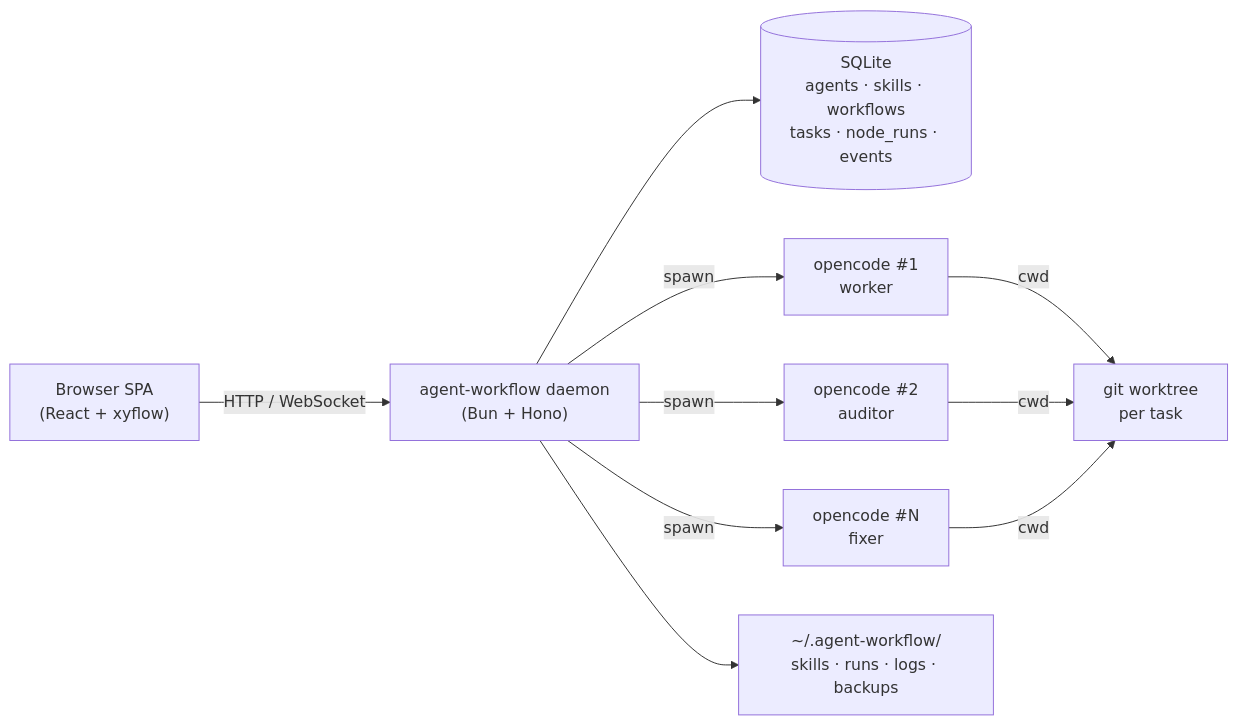
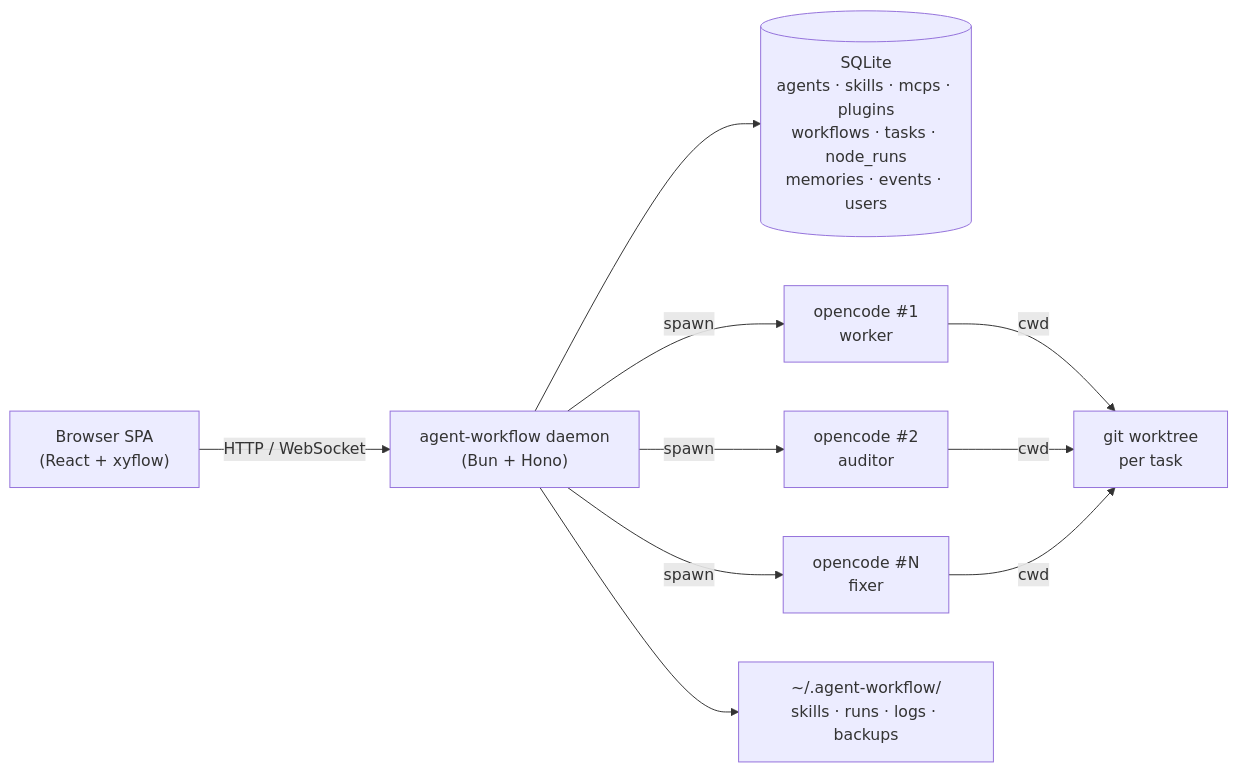
One commit to 1589701052p-alt/agent-workflow changed the first of 2 diagrams in README.md. Above: the diagram before and after it, drawn with Mermaid. The commit also changed other lines of this file, not shown here.

````diff
--- a/README.md
+++ b/README.md
@@ -21,12 +32,12 @@
 ```mermaid
 flowchart LR
   Browser["Browser SPA<br/>(React + xyflow)"] -- "HTTP / WebSocket" --> Daemon["agent-workflow daemon<br/>(Bun + Hono)"]
-  Daemon --> DB[("SQLite<br/>agents · skills · workflows<br/>tasks · node_runs · events")]
+  Daemon --> DB[("SQLite<br/>agents · skills · mcps · plugins<br/>workflows · tasks · node_runs<br/>memories · events · users")]
   Daemon -- spawn --> OC1["opencode #1<br/>worker"]
   Daemon -- spawn --> OC2["opencode #2<br/>auditor"]
   Daemon -- spawn --> OCN["opencode #N<br/>fixer"]
   OC1 -- cwd --> WT["git worktree<br/>per task"]
   OC2 -- cwd --> WT
   OCN -- cwd --> WT
   Daemon --> FS["~/.agent-workflow/<br/>skills · runs · logs · backups"]
 ```
````
